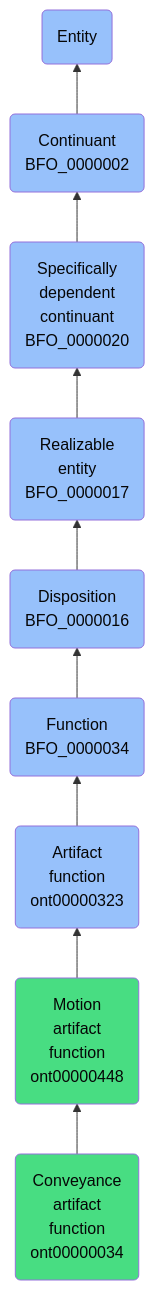
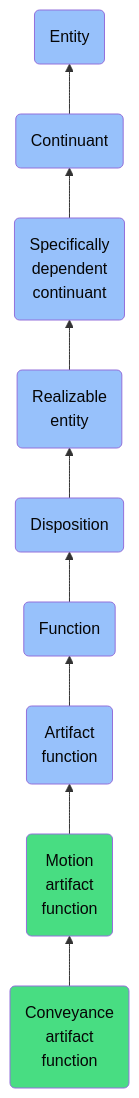
Before and after one commit to jupyter-naas/abi: the diagram in docs/ontology/reference/model/Entity/Continuant/Specifically dependent continuant/Realizable entity/Disposition/Function/Artifact function/Motion artifact function/Conveyance artifact function/Conveyance artifact function.md, drawn with Mermaid. The commit also changed other lines of this file and 1430 other files, not shown here.

````diff
--- a/docs/ontology/reference/model/Entity/Continuant/Specifically dependent continuant/Realizable entity/Disposition/Function/Artifact function/Motion artifact function/Conveyance artifact function/Conveyance artifact function.md
+++ b/docs/ontology/reference/model/Entity/Continuant/Specifically dependent continuant/Realizable entity/Disposition/Function/Artifact function/Motion artifact function/Conveyance artifact function/Conveyance artifact function.md
@@ -24,16 +24,16 @@
 ```mermaid
 graph BT
-    ont00000034(Conveyance<br>artifact<br>function<br>ont00000034):::ABI-->ont00000448
-    ont00000448(Motion<br>artifact<br>function<br>ont00000448):::ABI-->ont00000323
-    ont00000323(Artifact<br>function<br>ont00000323):::BFO-->BFO_0000034
-    BFO_0000034(Function<br>BFO_0000034):::BFO-->BFO_0000016
-    BFO_0000016(Disposition<br>BFO_0000016):::BFO-->BFO_0000017
-    BFO_0000017(Realizable<br>entity<br>BFO_0000017):::BFO-->BFO_0000020
-    BFO_0000020(Specifically<br>dependent<br>continuant<br>BFO_0000020):::BFO-->BFO_0000002
-    BFO_0000002(Continuant<br>BFO_0000002):::BFO-->BFO_0000001
+    ont00000034(Conveyance<br>artifact<br>function):::ABI-->ont00000448
+    ont00000448(Motion<br>artifact<br>function):::ABI-->ont00000323
+    ont00000323(Artifact<br>function):::BFO-->BFO_0000034
+    BFO_0000034(Function):::BFO-->BFO_0000016
+    BFO_0000016(Disposition):::BFO-->BFO_0000017
+    BFO_0000017(Realizable<br>entity):::BFO-->BFO_0000020
+    BFO_0000020(Specifically<br>dependent<br>continuant):::BFO-->BFO_0000002
+    BFO_0000002(Continuant):::BFO-->BFO_0000001
     BFO_0000001(Entity):::BFO
     
     classDef BFO fill:#97c1fb,color:#060606
     classDef CCO fill:#e4c51e,color:#060606
     classDef ABI fill:#48DD82,color:#060606
 ```
````
